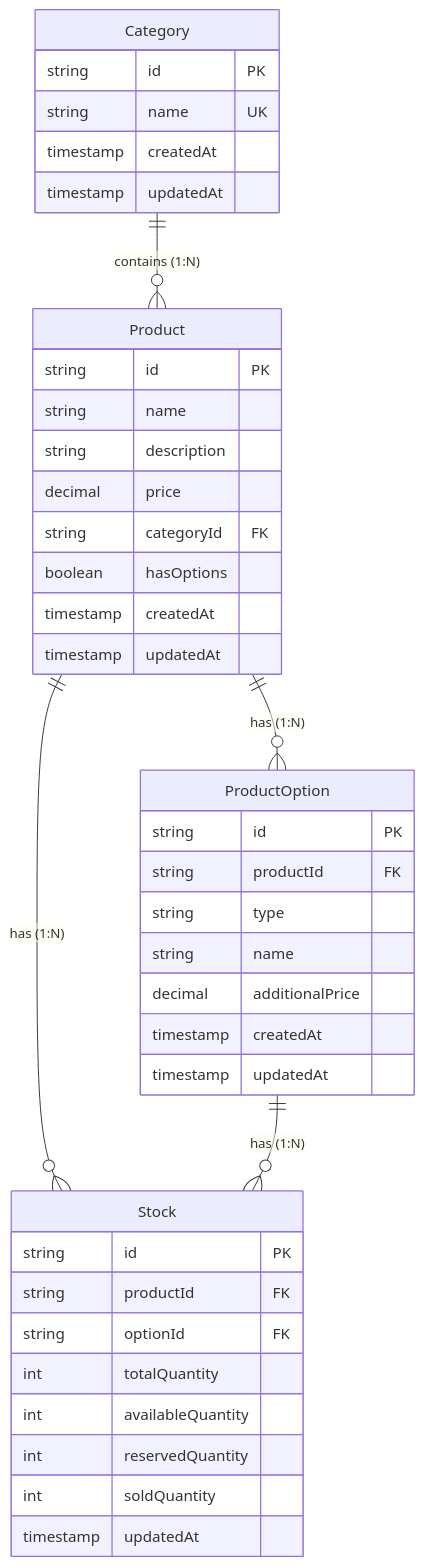
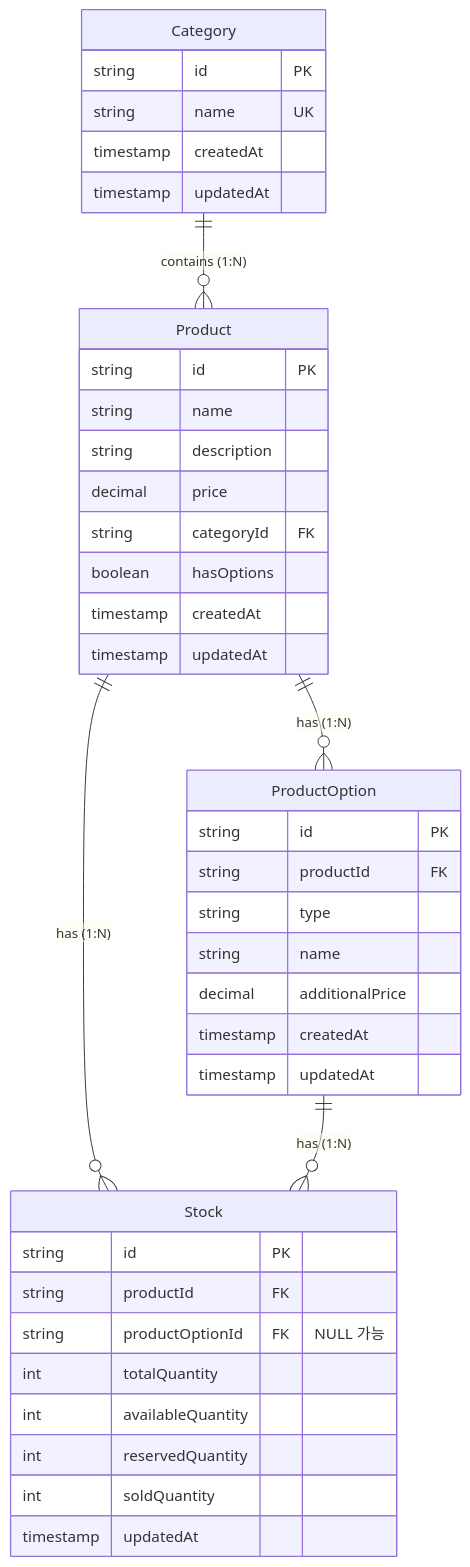
The third of 13 diagrams in docs/dev/dashboard/data-model.md (ywj3493/hhplus-e-commerce), drawn with Mermaid before and after one commit. The commit also changed other lines of this file, not shown here.

````diff
--- a/docs/dev/dashboard/data-model.md
+++ b/docs/dev/dashboard/data-model.md
@@ -145,46 +145,46 @@
 ```mermaid
 erDiagram
     Category {
         string id PK
         string name UK
         timestamp createdAt
         timestamp updatedAt
     }
 
     Product {
         string id PK
         string name
         string description
         decimal price
         string categoryId FK
         boolean hasOptions
         timestamp createdAt
         timestamp updatedAt
     }
 
     ProductOption {
         string id PK
         string productId FK
         string type
         string name
         decimal additionalPrice
         timestamp createdAt
         timestamp updatedAt
     }
 
     Stock {
         string id PK
         string productId FK
-        string optionId FK
+        string productOptionId FK "NULL 가능"
         int totalQuantity
         int availableQuantity
         int reservedQuantity
         int soldQuantity
         timestamp updatedAt
     }
 
     Category ||--o{ Product : "contains (1:N)"
     Product ||--o{ ProductOption : "has (1:N)"
     Product ||--o{ Stock : "has (1:N)"
     ProductOption ||--o{ Stock : "has (1:N)"
 ```
````
